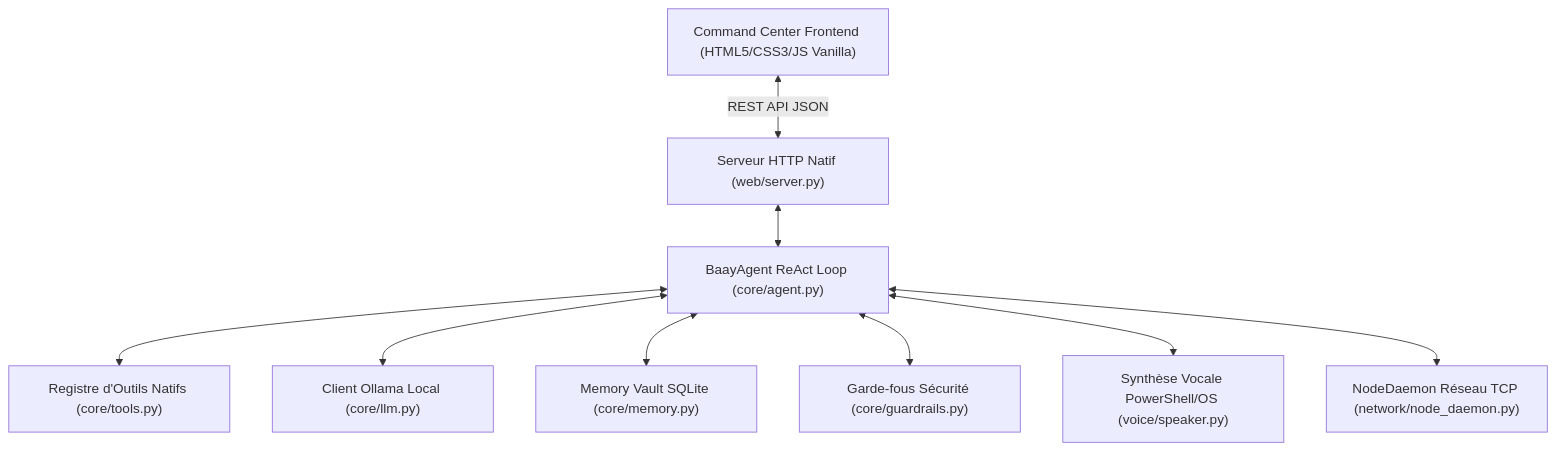
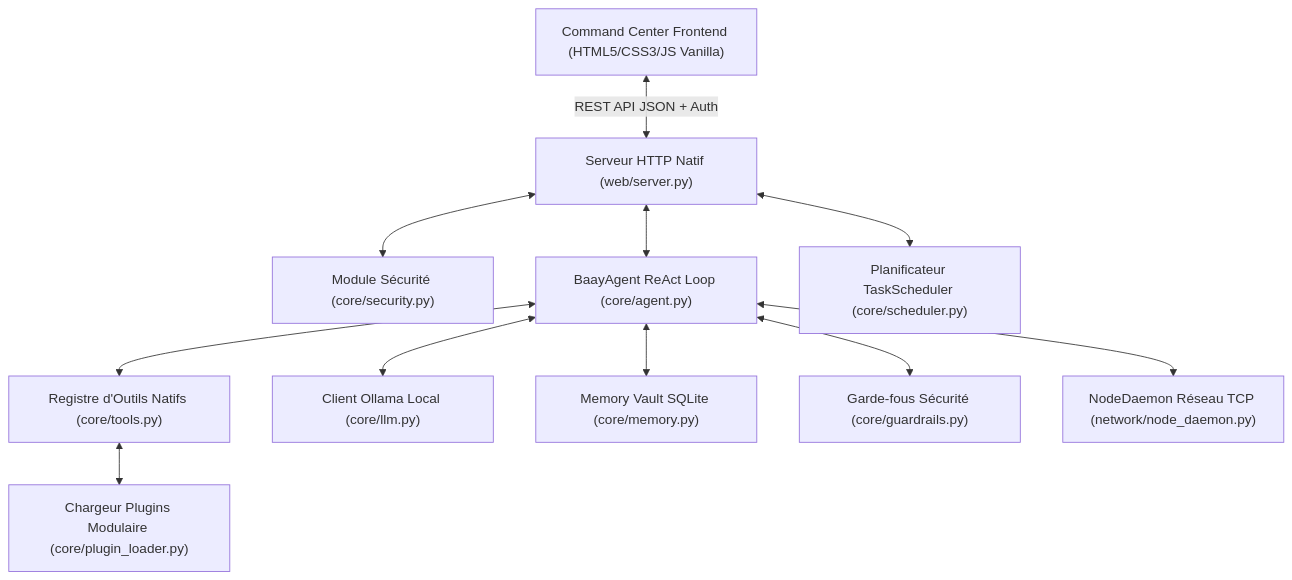
Before and after one commit to Baay-Faal/baayfaalAI: the diagram in README.md, drawn with Mermaid. The commit also changed other lines of this file, not shown here.

````diff
--- a/README.md
+++ b/README.md
@@ -49,11 +67,13 @@
 ```mermaid
 graph TD
-    UI["Command Center Frontend (HTML5/CSS3/JS Vanilla)"] <-->|REST API JSON| Server["Serveur HTTP Natif (web/server.py)"]
+    UI["Command Center Frontend (HTML5/CSS3/JS Vanilla)"] <-->|REST API JSON + Auth| Server["Serveur HTTP Natif (web/server.py)"]
+    Server <--> Sec["Module Sécurité (core/security.py)"]
     Server <--> Agent["BaayAgent ReAct Loop (core/agent.py)"]
     Agent <--> Tools["Registre d'Outils Natifs (core/tools.py)"]
+    Tools <--> Plugins["Chargeur Plugins Modulaire (core/plugin_loader.py)"]
+    Server <--> Cron["Planificateur TaskScheduler (core/scheduler.py)"]
     Agent <--> LLM["Client Ollama Local (core/llm.py)"]
     Agent <--> Memory["Memory Vault SQLite (core/memory.py)"]
     Agent <--> Guardrails["Garde-fous Sécurité (core/guardrails.py)"]
-    Agent <--> Voice["Synthèse Vocale PowerShell/OS (voice/speaker.py)"]
     Agent <--> Daemon["NodeDaemon Réseau TCP (network/node_daemon.py)"]
 ```
````
